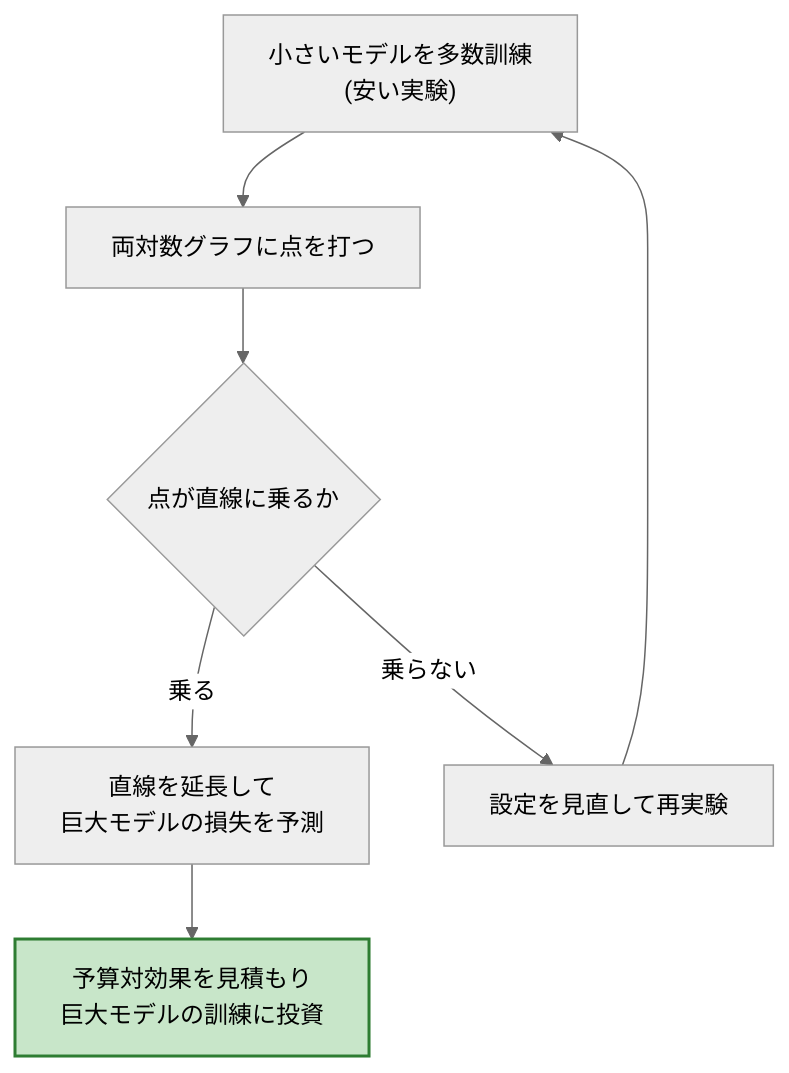
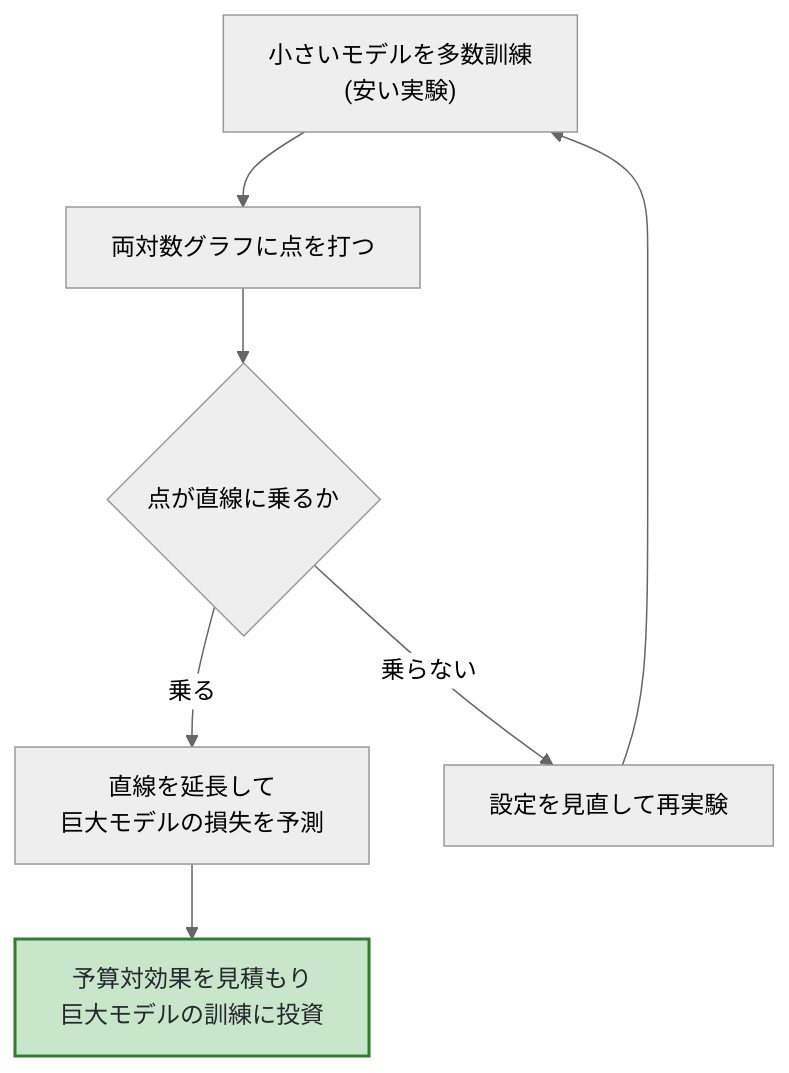
Before and after one commit to shin4488/learning-transformer: the second of 2 diagrams in 13-scaling-laws.md, drawn with Mermaid (neutral theme). The commit also changed other lines of this file and 16 other files, not shown here.

````diff
--- a/13-scaling-laws.md
+++ b/13-scaling-laws.md
@@ -196,10 +189,10 @@
 ```mermaid
 graph TD
     A["小さいモデルを多数訓練<br>(安い実験)"] --> B["両対数グラフに点を打つ"]
     B --> C{"点が直線に乗るか"}
     C -- "乗る" --> D["直線を延長して<br>巨大モデルの損失を予測"]
     C -- "乗らない" --> E["設定を見直して再実験"]
     E --> A
     D --> F["予算対効果を見積もり<br>巨大モデルの訓練に投資"]
-    style F fill:#c8e6c9,stroke:#2e7d32,stroke-width:2px
+    style F fill:#c8e6c9,stroke:#2e7d32,stroke-width:2px,color:#24292f
 ```
````
